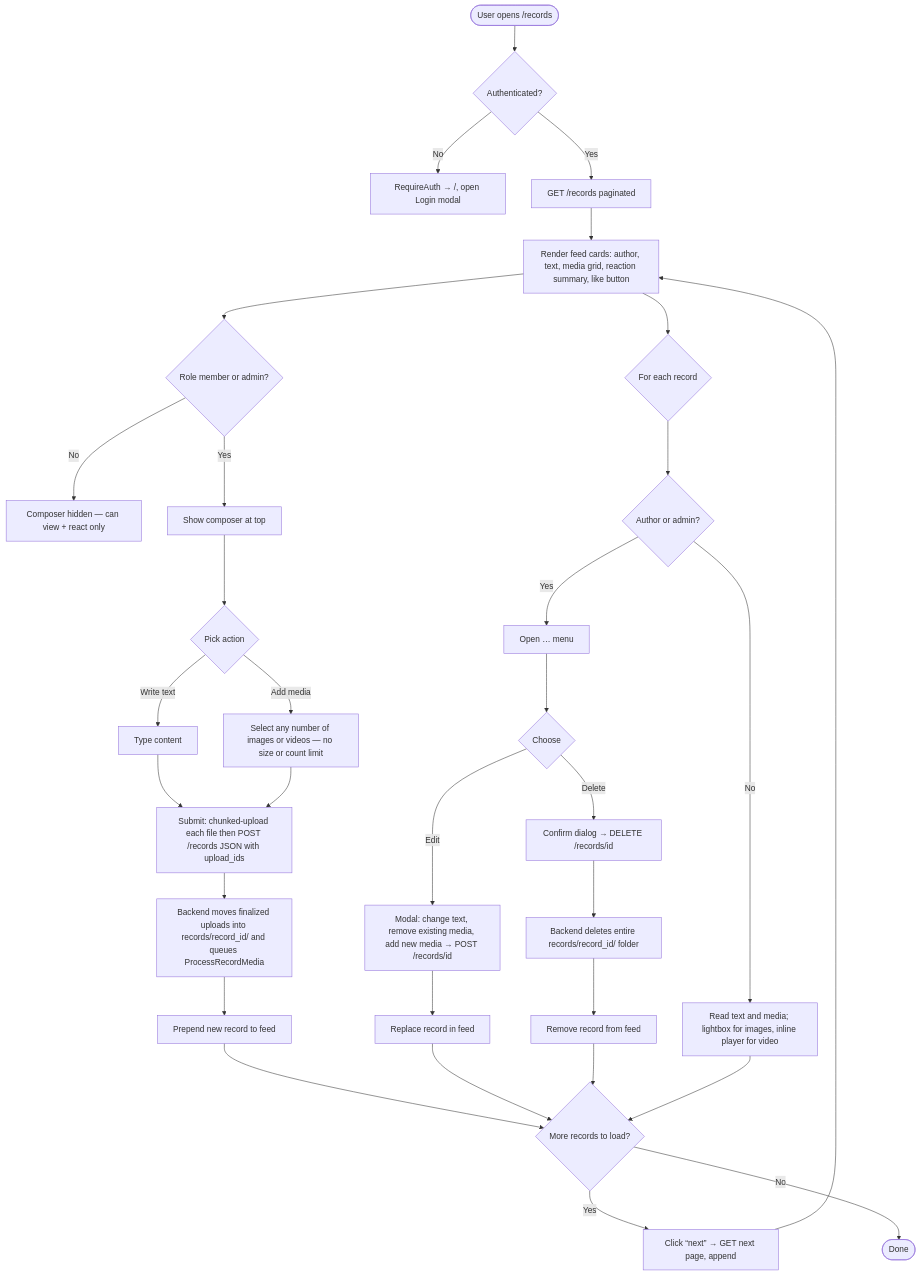
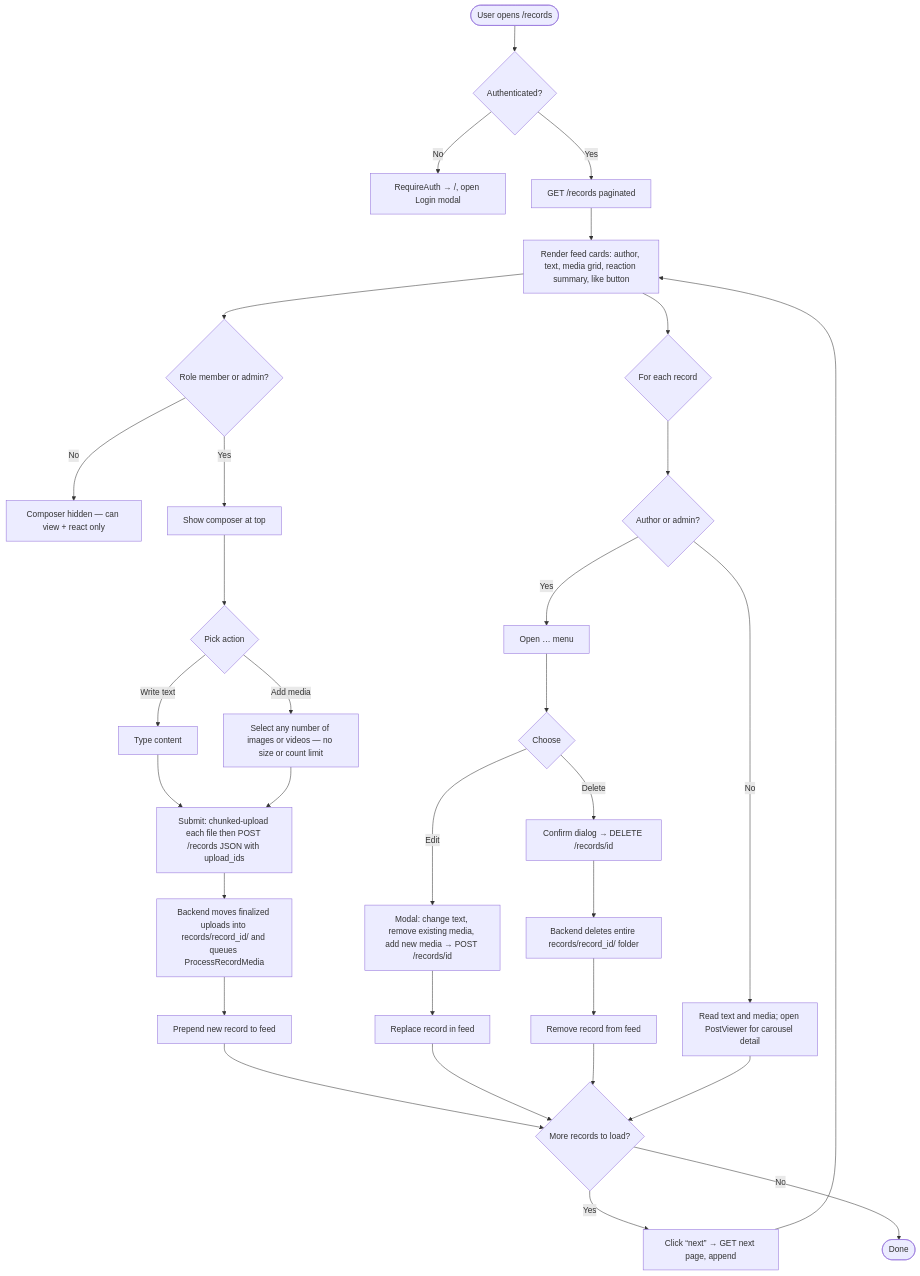
Before and after one commit to ThawHtooZin/behs3bahanapi: diagram 13 of 18 in documents/ACTIVITY_DIAGRAMS.md, drawn with Mermaid. The commit also changed other lines of this file and 6 other files, not shown here.

````diff
--- a/documents/ACTIVITY_DIAGRAMS.md
+++ b/documents/ACTIVITY_DIAGRAMS.md
@@ -93,39 +307,39 @@
 ```mermaid
 flowchart TB
   GStart([User opens /records]) --> GAuth{Authenticated?}
   GAuth -->|No| GRedirect[RequireAuth → /, open Login modal]
   GAuth -->|Yes| GLoad[GET /records paginated]
   GLoad --> GShow[Render feed cards: author, text, media grid, reaction summary, like button]
 
   GShow --> GRole{Role member or admin?}
   GRole -->|No| ViewOnly[Composer hidden — can view + react only]
   GRole -->|Yes| Composer[Show composer at top]
 
   Composer --> Pick{Pick action}
   Pick -->|Write text| Type[Type content]
   Pick -->|Add media| Files[Select any number of images or videos — no size or count limit]
   Type --> Post[Submit: chunked-upload each file then POST /records JSON with upload_ids]
   Files --> Post
   Post --> Stored[Backend moves finalized uploads into records/record_id/ and queues ProcessRecordMedia]
   Stored --> Prepend[Prepend new record to feed]
 
   GShow --> Card{For each record}
   Card --> CanMod{Author or admin?}
-  CanMod -->|No| Read[Read text and media; lightbox for images, inline player for video]
+  CanMod -->|No| Read[Read text and media; open PostViewer for carousel detail]
   CanMod -->|Yes| Menu[Open … menu]
   Menu --> Choose{Choose}
   Choose -->|Edit| Edit[Modal: change text, remove existing media, add new media → POST /records/id]
   Choose -->|Delete| Confirm[Confirm dialog → DELETE /records/id]
   Confirm --> RemoveFolder[Backend deletes entire records/record_id/ folder]
   Edit --> Refresh[Replace record in feed]
   RemoveFolder --> Remove[Remove record from feed]
 
   Prepend --> More
   Refresh --> More
   Remove --> More
   Read --> More
 
   More{More records to load?} -->|Yes| Next[Click “next” → GET next page, append]
   More -->|No| GEnd([Done])
   Next --> GShow
 ```
````
